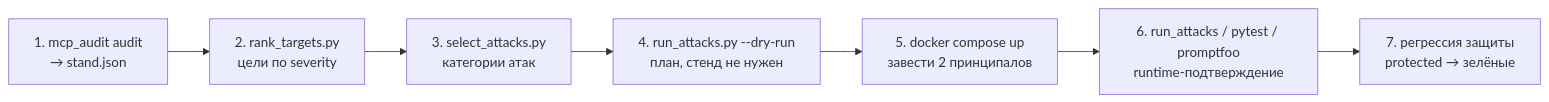
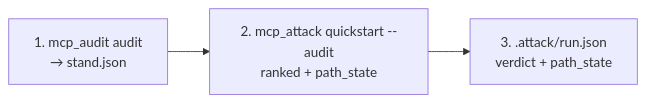
One commit to bulochka68/memrot changed the sixth of 7 diagrams in docs/project_overview.md. Above: the diagram before and after it, drawn with Mermaid. The commit also changed other lines of this file and 19 other files, not shown here.

First line of the commit message:
mcp_attack: стыковка с mcp_audit v2 и redteam path_state.

````diff
--- a/docs/project_overview.md
+++ b/docs/project_overview.md
@@ -173,9 +189,5 @@
 ```mermaid
 flowchart LR
-    s1["1. mcp_audit audit<br/>→ stand.json"] --> s2["2. rank_targets.py<br/>цели по severity"]
-    s2 --> s3["3. select_attacks.py<br/>категории атак"]
-    s3 --> s4["4. run_attacks.py --dry-run<br/>план, стенд не нужен"]
-    s4 --> s5["5. docker compose up<br/>завести 2 принципалов"]
-    s5 --> s6["6. run_attacks / pytest / promptfoo<br/>runtime-подтверждение"]
-    s6 --> s7["7. регрессия защиты<br/>protected → зелёные"]
+    s1["1. mcp_audit audit<br/>→ stand.json"] --> s2["2. mcp_attack quickstart --audit<br/>ranked + path_state"]
+    s2 --> s3["3. .attack/run.json<br/>verdict + path_state"]
 ```
````
